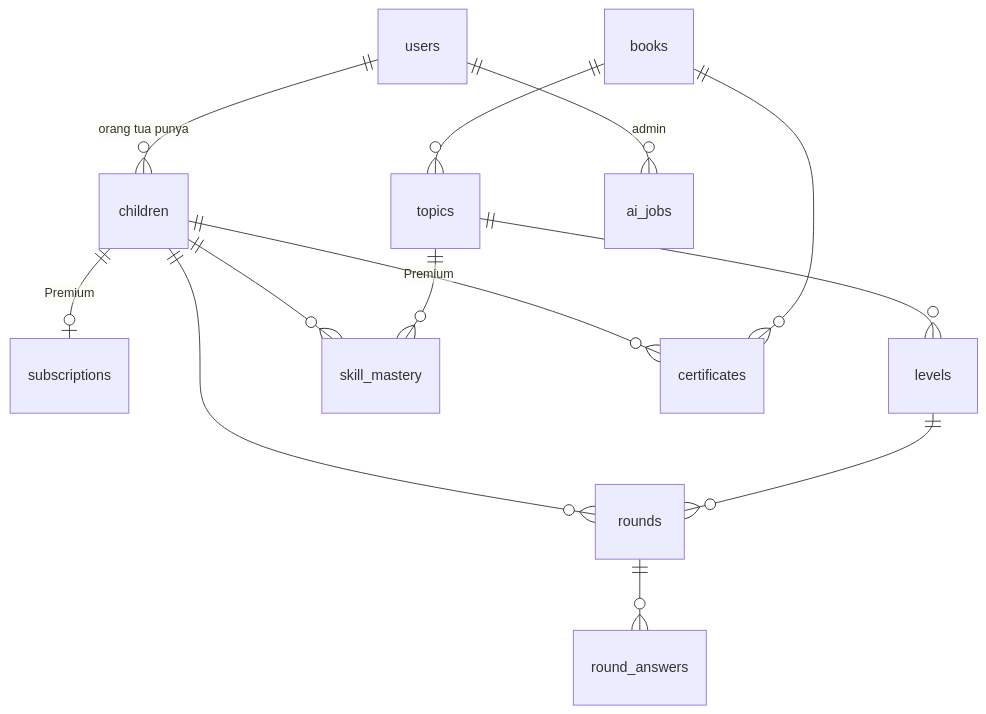
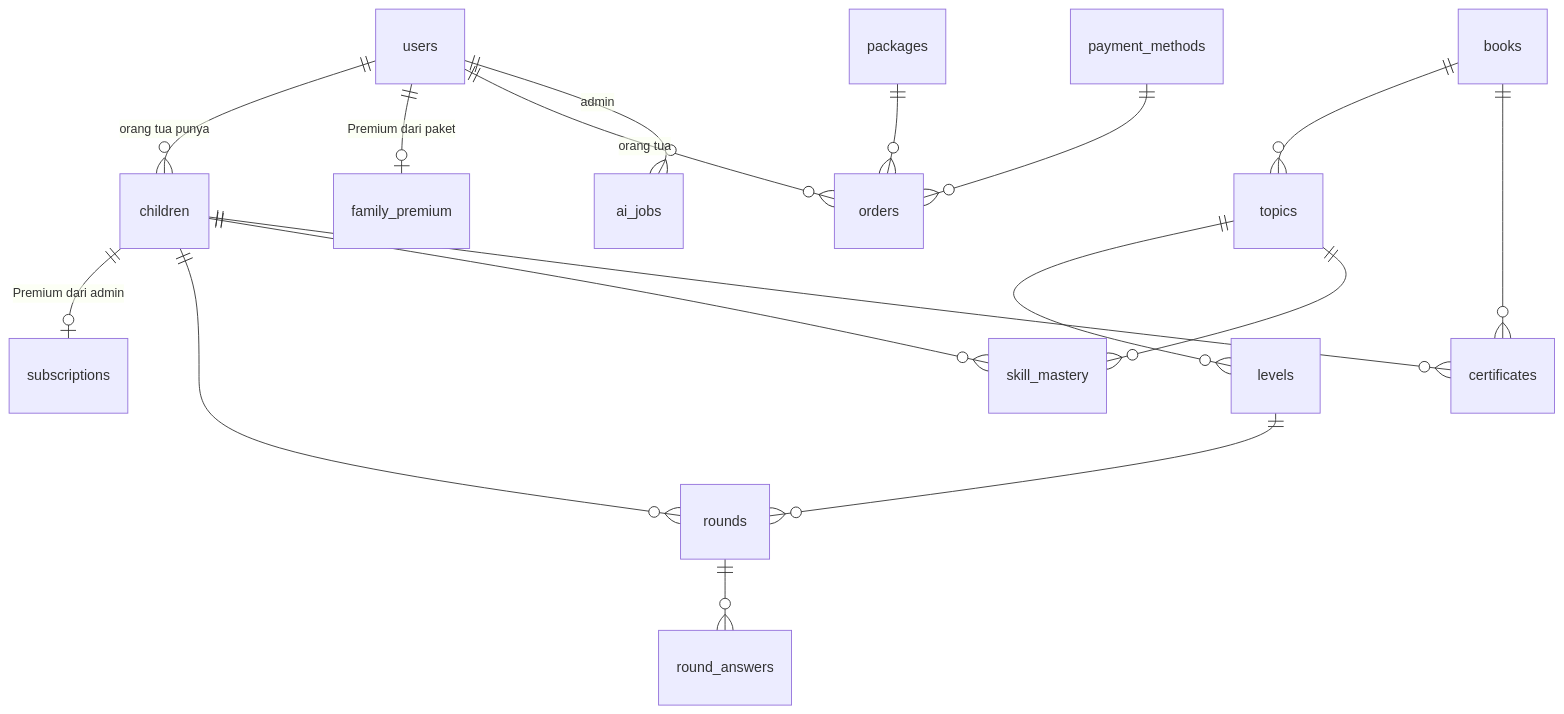
The diagram in PRD.md (UDC-Intern/project1), drawn with Mermaid before and after one commit. The commit also changed other lines of this file and 49 other files, not shown here.

First line of the commit message:
sertifikat Juara Digital tersimpan dan bernomor, terlihat di area anak, orang tua, dan admin

````diff
--- a/PRD.md
+++ b/PRD.md
@@ -228,15 +286,19 @@
 ```mermaid
 erDiagram
   users ||--o{ children : "orang tua punya"
-  children ||--o| subscriptions : "Premium"
+  children ||--o| subscriptions : "Premium dari admin"
+  users ||--o| family_premium : "Premium dari paket"
+  users ||--o{ orders : "orang tua"
+  packages ||--o{ orders : ""
+  payment_methods ||--o{ orders : ""
   books ||--o{ topics : ""
   topics ||--o{ levels : ""
   children ||--o{ rounds : ""
   levels ||--o{ rounds : ""
   rounds ||--o{ round_answers : ""
   children ||--o{ skill_mastery : ""
   topics ||--o{ skill_mastery : ""
   users ||--o{ ai_jobs : "admin"
-  children ||--o{ certificates : "Premium"
+  children ||--o{ certificates : ""
   books ||--o{ certificates : ""
 ```
````
